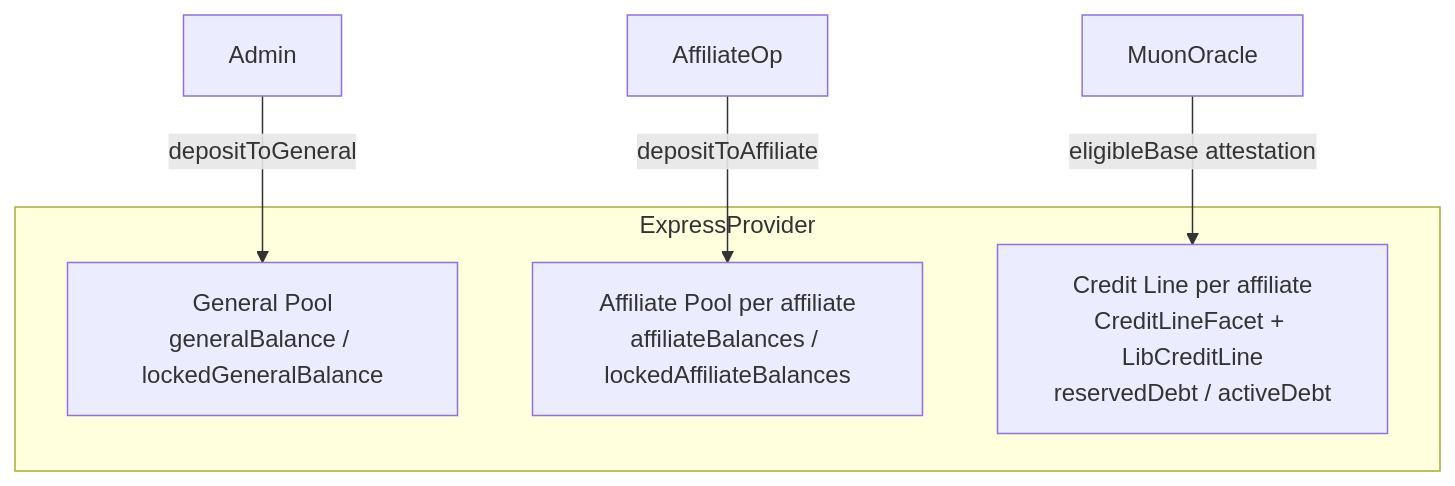
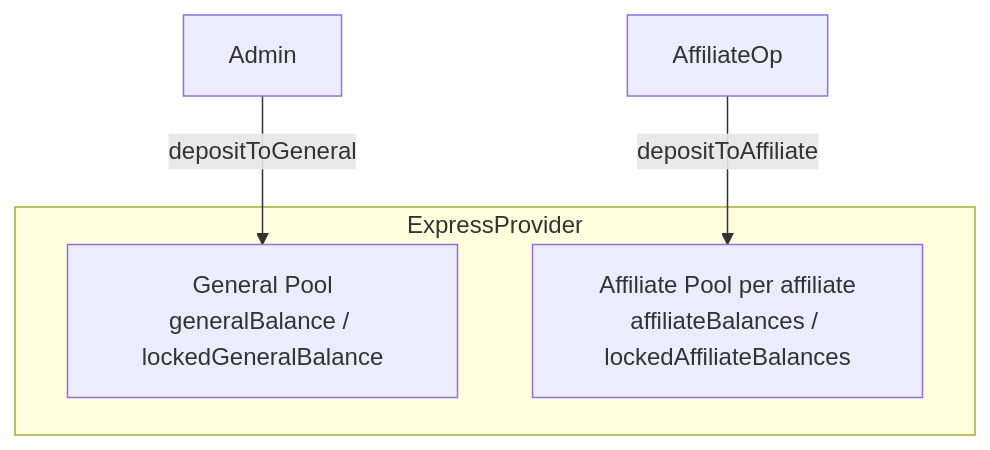
Before and after one commit to SYMM-IO/perps-core: the second of 14 diagrams in docs/v0.8.6/express-withdrawal-system-design.md, drawn with Mermaid. The commit also changed other lines of this file, not shown here.

Commit message:
docs: introduce credit line concept in Section 4 before withdrawal flows

````diff
--- a/docs/v0.8.6/express-withdrawal-system-design.md
+++ b/docs/v0.8.6/express-withdrawal-system-design.md
@@ -74,12 +74,10 @@
 ```mermaid
 flowchart TD
     subgraph ExpressProvider
         GP[General Pool<br/>generalBalance / lockedGeneralBalance]
         FP[Affiliate Pool per affiliate<br/>affiliateBalances / lockedAffiliateBalances]
-        CL[Credit Line per affiliate<br/>CreditLineFacet + LibCreditLine<br/>reservedDebt / activeDebt]
     end
 
     Admin -->|depositToGeneral| GP
     AffiliateOp -->|depositToAffiliate| FP
-    MuonOracle -->|eligibleBase attestation| CL
 ```
````
